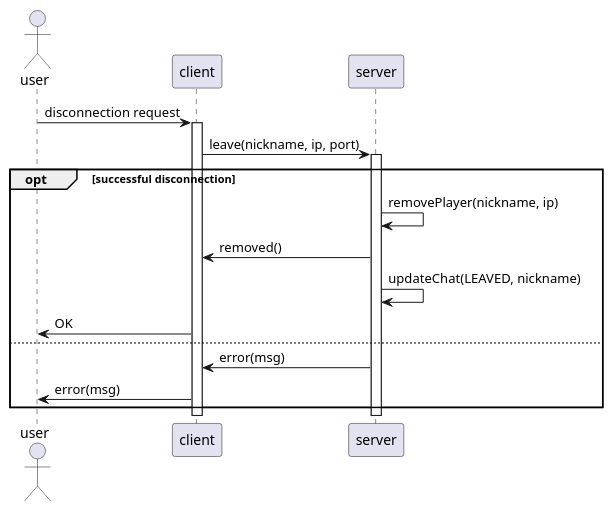
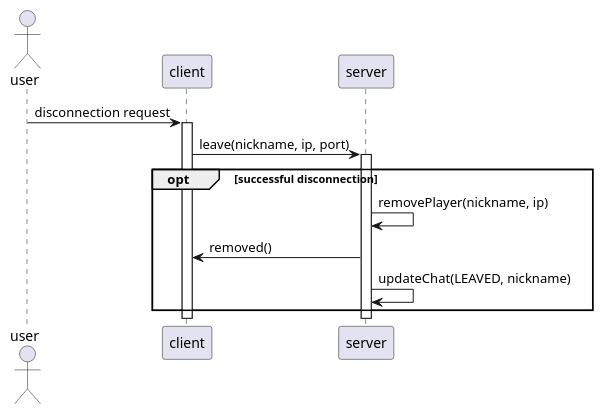
One commit to MatanDavidi/scribble-public changed the diagram in scenarios/playerDisconnected/playerDisconnected.puml. Above: the diagram before and after it, drawn with PlantUML. The commit also changed 4 other files, not shown here.

```diff
--- a/scenarios/playerDisconnected/playerDisconnected.puml
+++ b/scenarios/playerDisconnected/playerDisconnected.puml
@@ -9,21 +9,17 @@
 @startuml playerDisconnected
 
 actor user
 
 user->client:disconnection request
 activate client
 
 client->server:leave(nickname, ip, port)
 activate server
 
 opt successful disconnection
     server->server:removePlayer(nickname, ip)
     server->client:removed()
     server->server:updateChat(LEAVED, nickname)
-    client->user:OK
-else
-    server->client:error(msg)
-    client->user:error(msg)
 end
 
 @enduml
```
